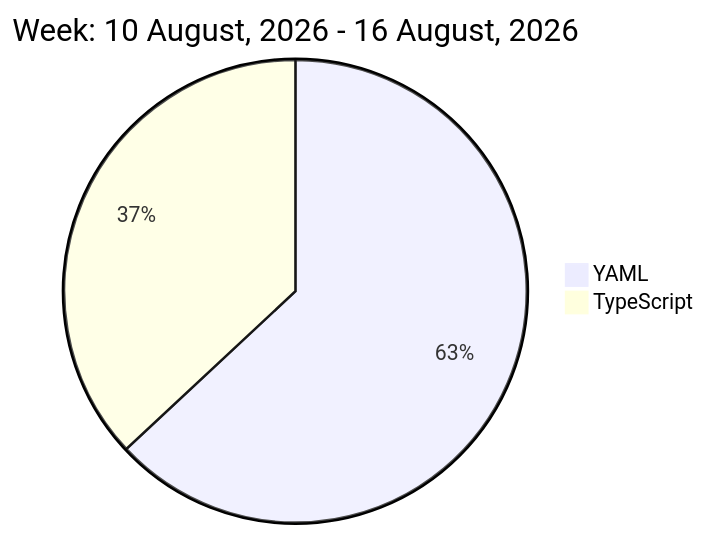
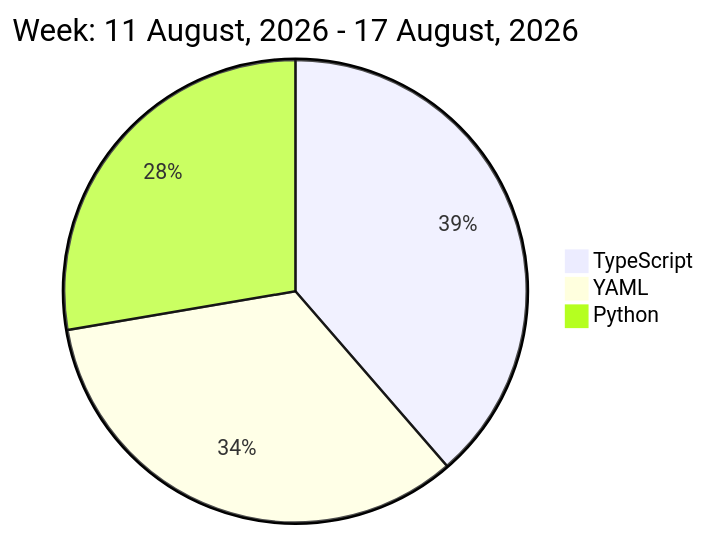
The diagram in README.md (liubin95/liubin95), drawn with Mermaid before and after one commit.

Commit message:
Updated the Graph with new Metrics

````diff
--- a/README.md
+++ b/README.md
@@ -32,6 +32,7 @@
 ```mermaid
  pie
-title Week: 10 August, 2026 - 16 August, 2026
- "YAML" : 3.55
- "TypeScript" : 2.08
+title Week: 11 August, 2026 - 17 August, 2026
+ "TypeScript" : 3.67
+ "YAML" : 3.2
+ "Python" : 2.63
 ```
````
